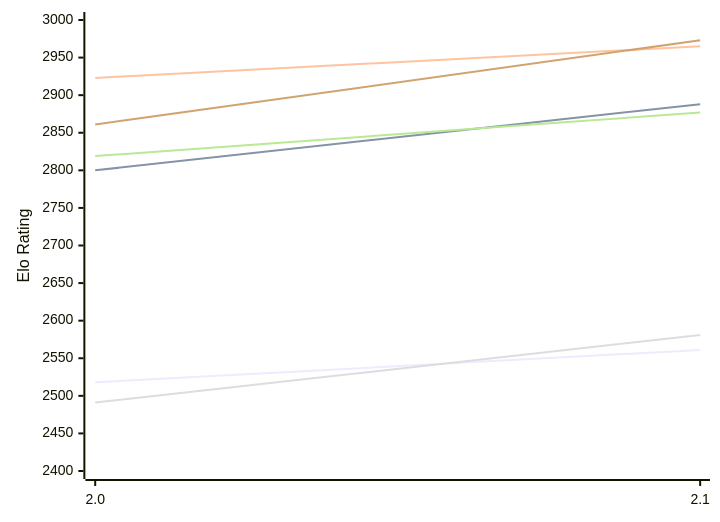
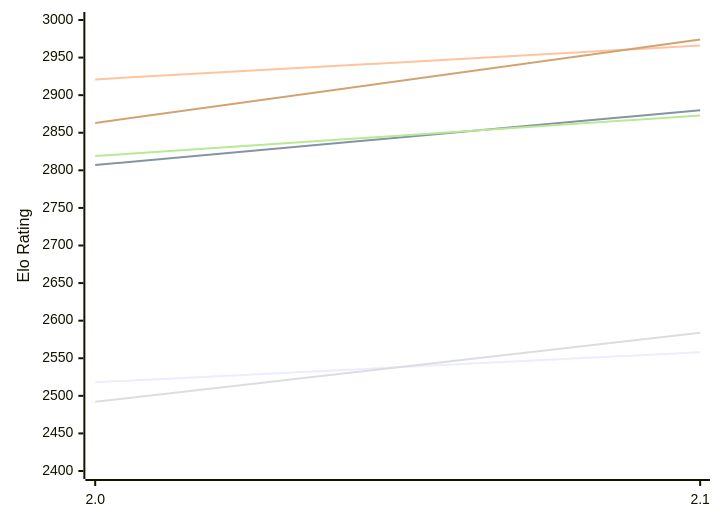
One commit to computer-chess-index/cci changed the first of 2 diagrams in engines/Noggin.md. Above: the diagram before and after it, drawn with Mermaid. The commit also changed other lines of this file, not shown here.

Commit message:
Update CCI Ratings (ELO VLTC) - 2026-11-27

````diff
--- a/engines/Noggin.md
+++ b/engines/Noggin.md
@@ -50,12 +50,12 @@
 ```mermaid
 %%{init: {"theme":"base","themeVariables":{"seriesColors:['#a3a3a3','#222221','#faa371']}}}%%
 xychart-beta
   x-axis ["2.0", "2.1"]
   y-axis "Elo Rating" 2400 --> 3000
-  line "E1: STC (8.0+0.08s)" [2518, 2561]
-  line "E1: LTC (60.0+0.60s)" [2800, 2888]
-  line "E1: VLTC (2m24s+1.12s)" [2923, 2965]
-  line "P1: STC (8.0+0.08s)" [2491, 2581]
-  line "P1: LTC (60.0+0.60s)" [2819, 2877]
-  line "P1: VLTC (2m24s+1.12s)" [2861, 2973]
+  line "E1: STC (8.0+0.08s)" [2518, 2558]
+  line "E1: LTC (60.0+0.60s)" [2807, 2880]
+  line "E1: VLTC (2m24s+1.12s)" [2921, 2966]
+  line "P1: STC (8.0+0.08s)" [2492, 2584]
+  line "P1: LTC (60.0+0.60s)" [2819, 2873]
+  line "P1: VLTC (2m24s+1.12s)" [2863, 2974]
 ```
````
